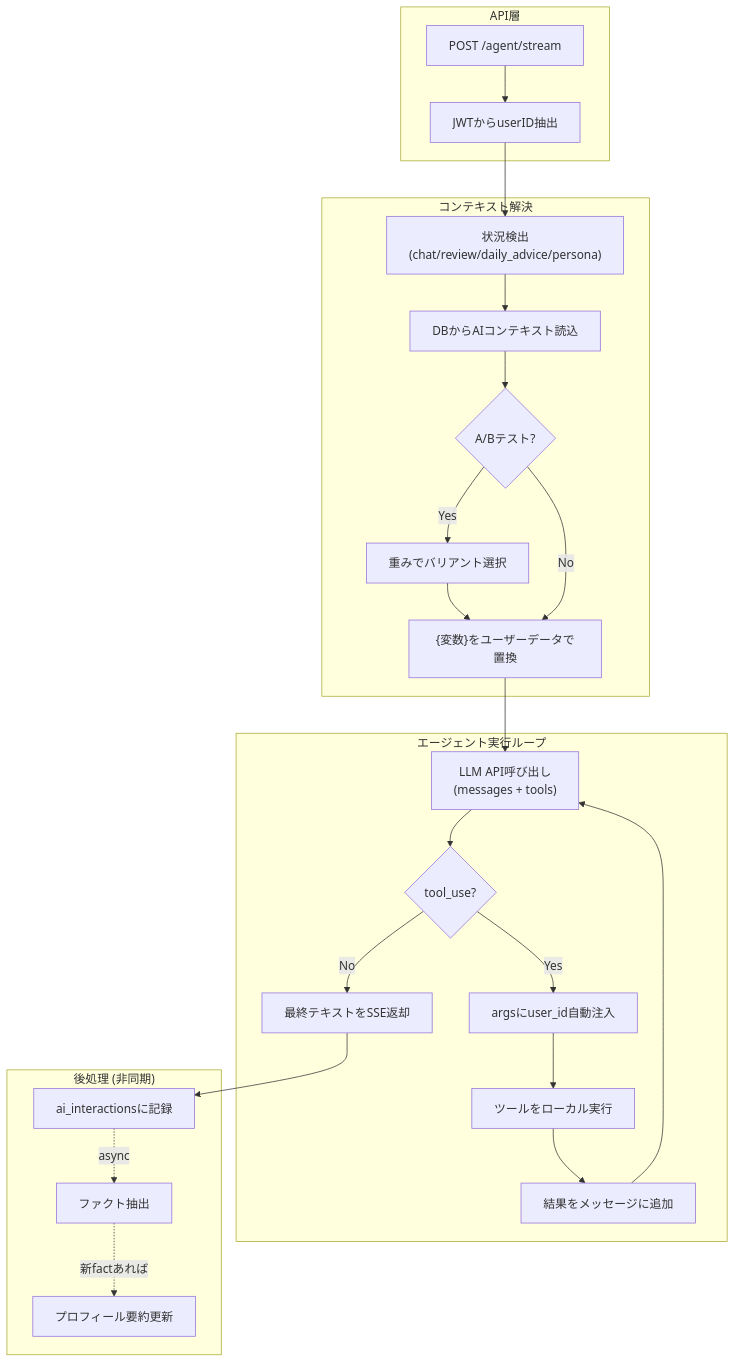
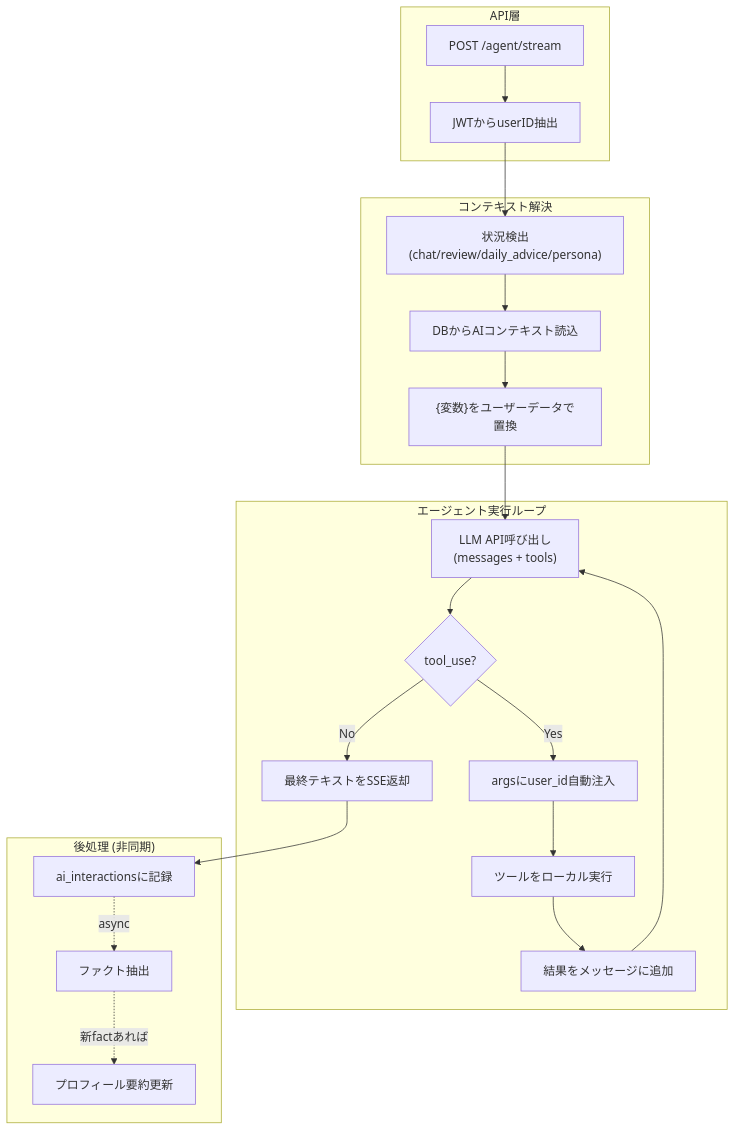
The first of 12 diagrams in kensan-ai/ARCHITECTURE.md (yu-min3/kensan), drawn with Mermaid before and after one commit. The commit also changed other lines of this file and 64 other files, not shown here.

````diff
--- a/kensan-ai/ARCHITECTURE.md
+++ b/kensan-ai/ARCHITECTURE.md
@@ -92,44 +91,40 @@
 ```mermaid
 flowchart TB
     subgraph "API層"
         Request["POST /agent/stream"]
         JWT["JWTからuserID抽出"]
     end
 
     subgraph "コンテキスト解決"
         Detect["状況検出<br/>(chat/review/daily_advice/persona)"]
         Load["DBからAIコンテキスト読込"]
-        AB{"A/Bテスト?"}
-        ABSelect["重みでバリアント選択"]
         Replace["{変数}をユーザーデータで置換"]
     end
 
     subgraph "エージェント実行ループ"
         Call["LLM API呼び出し<br/>(messages + tools)"]
         Check{"tool_use?"}
         Inject["argsにuser_id自動注入"]
         Execute["ツールをローカル実行"]
         Append["結果をメッセージに追加"]
         Return["最終テキストをSSE返却"]
     end
 
     subgraph "後処理 (非同期)"
         Log["ai_interactionsに記録"]
         Extract["ファクト抽出"]
         Summarize["プロフィール要約更新"]
     end
 
     Request --> JWT --> Detect --> Load
-    Load --> AB
-    AB -->|Yes| ABSelect --> Replace
-    AB -->|No| Replace
+    Load --> Replace
     Replace --> Call
 
     Call --> Check
     Check -->|Yes| Inject --> Execute --> Append --> Call
     Check -->|No| Return
 
     Return --> Log
     Log -.->|async| Extract
     Extract -.->|新factあれば| Summarize
 ```
````
